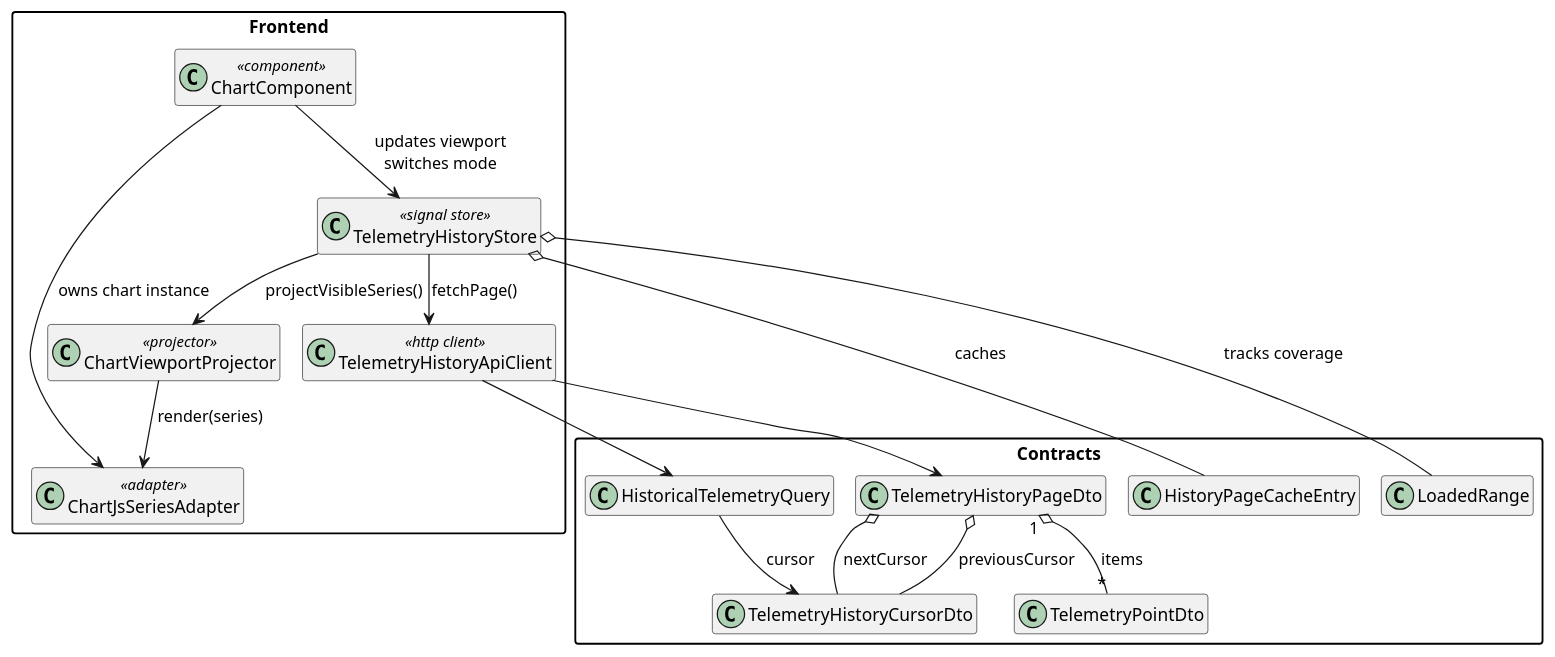
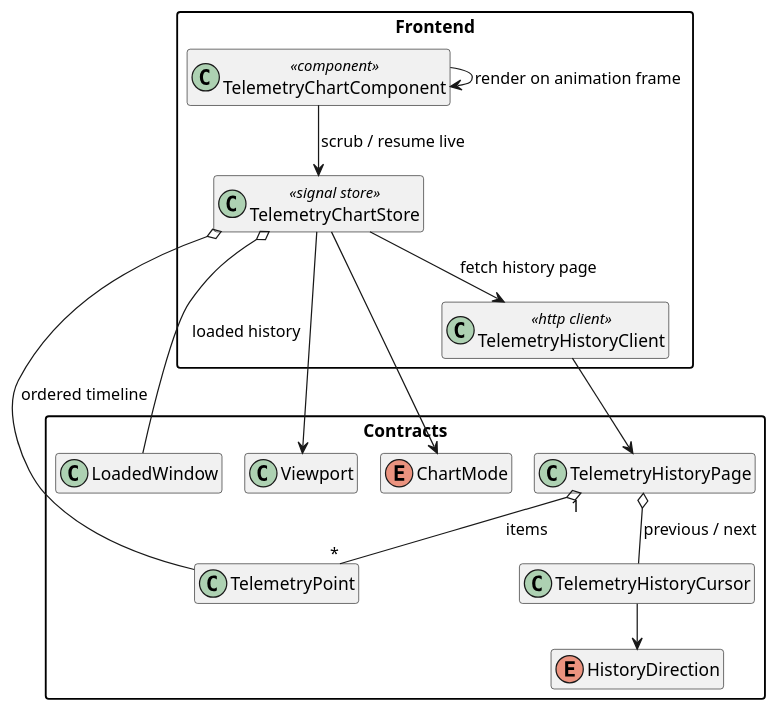
Before and after one commit to QuinntyneBrown/open-mct-real-time-and-historical-telemetry-visualization: the diagram in docs/diagrams/historical-telemetry-retrieval-class.puml, drawn with PlantUML. The commit also changed 10 other files, not shown here.

```diff
--- a/docs/diagrams/historical-telemetry-retrieval-class.puml
+++ b/docs/diagrams/historical-telemetry-retrieval-class.puml
@@ -1,37 +1,34 @@
 @startuml
 !pragma layout smetana
 hide empty members
 skinparam classAttributeIconSize 0
 skinparam packageStyle rectangle
 
 package "Frontend" {
-  class ChartComponent <<component>>
-  class TelemetryHistoryStore <<signal store>>
-  class TelemetryHistoryApiClient <<http client>>
-  class ChartViewportProjector <<projector>>
-  class ChartJsSeriesAdapter <<adapter>>
+  class TelemetryChartComponent <<component>>
+  class TelemetryChartStore <<signal store>>
+  class TelemetryHistoryClient <<http client>>
 }
 
 package "Contracts" {
-  class HistoricalTelemetryQuery
-  class TelemetryHistoryPageDto
-  class TelemetryHistoryCursorDto
-  class TelemetryPointDto
-  class HistoryPageCacheEntry
-  class LoadedRange
+  class TelemetryPoint
+  class TelemetryHistoryCursor
+  class TelemetryHistoryPage
+  class LoadedWindow
+  class Viewport
+  enum ChartMode
+  enum HistoryDirection
 }
 
-ChartComponent --> TelemetryHistoryStore : updates viewport\nswitches mode
-ChartComponent --> ChartJsSeriesAdapter : owns chart instance
-TelemetryHistoryStore --> TelemetryHistoryApiClient : fetchPage()
-TelemetryHistoryStore --> ChartViewportProjector : projectVisibleSeries()
-TelemetryHistoryStore o-- HistoryPageCacheEntry : caches
-TelemetryHistoryStore o-- LoadedRange : tracks coverage
-ChartViewportProjector --> ChartJsSeriesAdapter : render(series)
-TelemetryHistoryApiClient --> HistoricalTelemetryQuery
-TelemetryHistoryApiClient --> TelemetryHistoryPageDto
-TelemetryHistoryPageDto o-- TelemetryHistoryCursorDto : previousCursor
-TelemetryHistoryPageDto o-- TelemetryHistoryCursorDto : nextCursor
-TelemetryHistoryPageDto "1" o-- "*" TelemetryPointDto : items
-HistoricalTelemetryQuery --> TelemetryHistoryCursorDto : cursor
+TelemetryChartComponent --> TelemetryChartStore : scrub / resume live
+TelemetryChartComponent --> TelemetryChartComponent : render on animation frame
+TelemetryChartStore --> TelemetryHistoryClient : fetch history page
+TelemetryChartStore o-- TelemetryPoint : ordered timeline
+TelemetryChartStore o-- LoadedWindow : loaded history
+TelemetryChartStore --> Viewport
+TelemetryChartStore --> ChartMode
+TelemetryHistoryClient --> TelemetryHistoryPage
+TelemetryHistoryPage o-- TelemetryHistoryCursor : previous / next
+TelemetryHistoryPage "1" o-- "*" TelemetryPoint : items
+TelemetryHistoryCursor --> HistoryDirection
 @enduml
```
